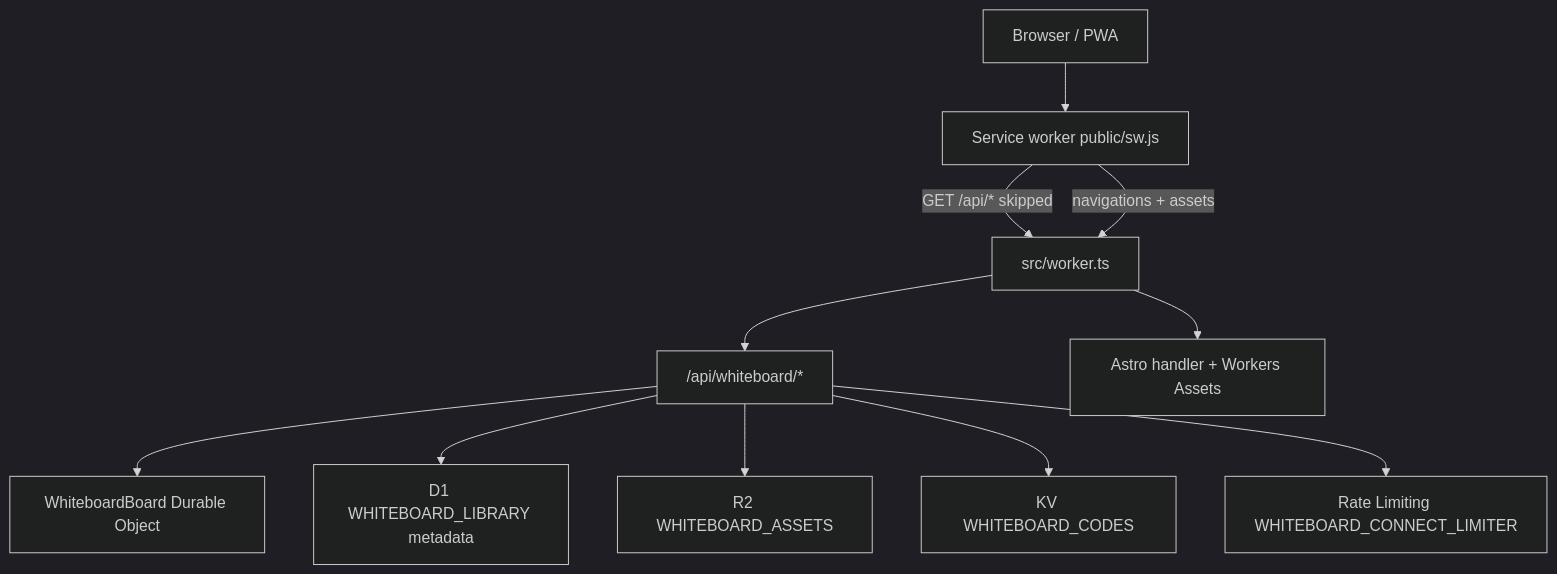
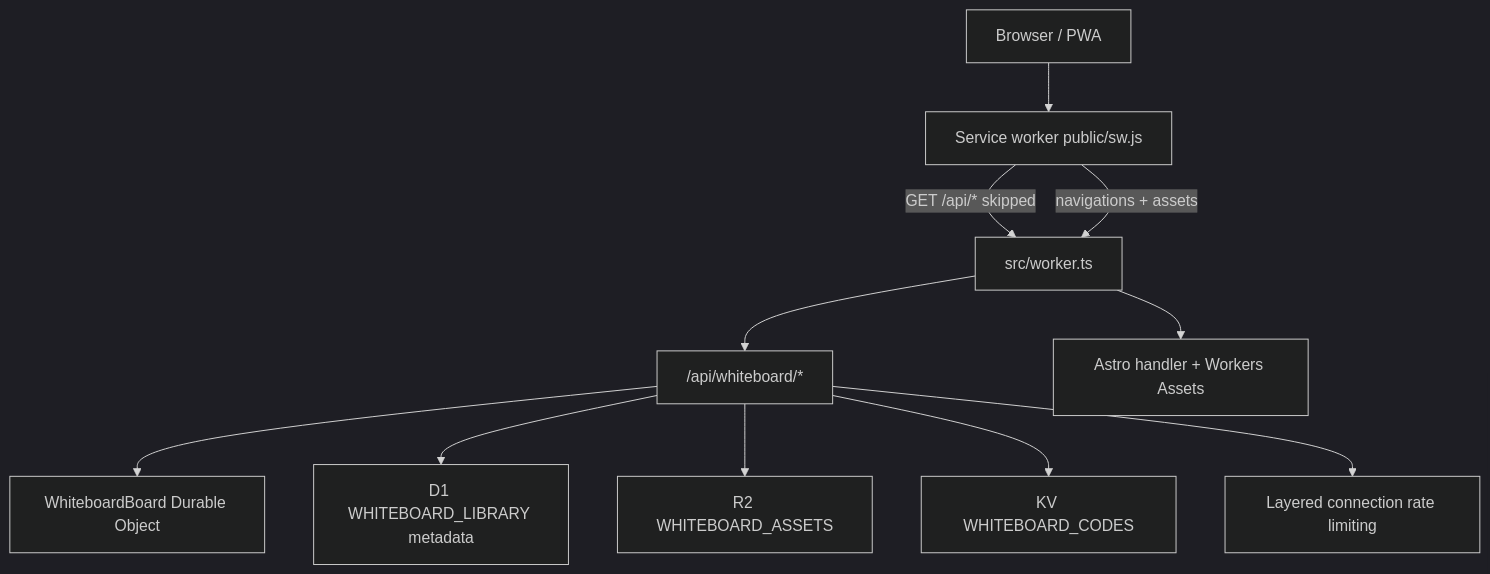
The diagram in docs/architecture.md (dmeim/scsfoxchase.tech), drawn with Mermaid (dark theme) before and after one commit. The commit also changed other lines of this file and 15 other files, not shown here.

Commit message:
Harden whiteboard connection admission

````diff
--- a/docs/architecture.md
+++ b/docs/architecture.md
@@ -20,24 +20,24 @@
 ```mermaid
 flowchart TD
   Client[Browser / PWA]
   SW[Service worker public/sw.js]
   Worker[src/worker.ts]
   API["/api/whiteboard/*"]
   DO[WhiteboardBoard Durable Object]
   D1[D1 WHITEBOARD_LIBRARY metadata]
   R2[R2 WHITEBOARD_ASSETS]
   KV[KV WHITEBOARD_CODES]
-  RL[Rate Limiting WHITEBOARD_CONNECT_LIMITER]
+  RL[Layered connection rate limiting]
   Assets[Astro handler + Workers Assets]
 
   Client --> SW
   SW -->|"GET /api/* skipped"| Worker
   SW -->|"navigations + assets"| Worker
   Worker --> API
   API --> DO
   API --> D1
   API --> R2
   API --> KV
   API --> RL
   Worker --> Assets
 ```
````
